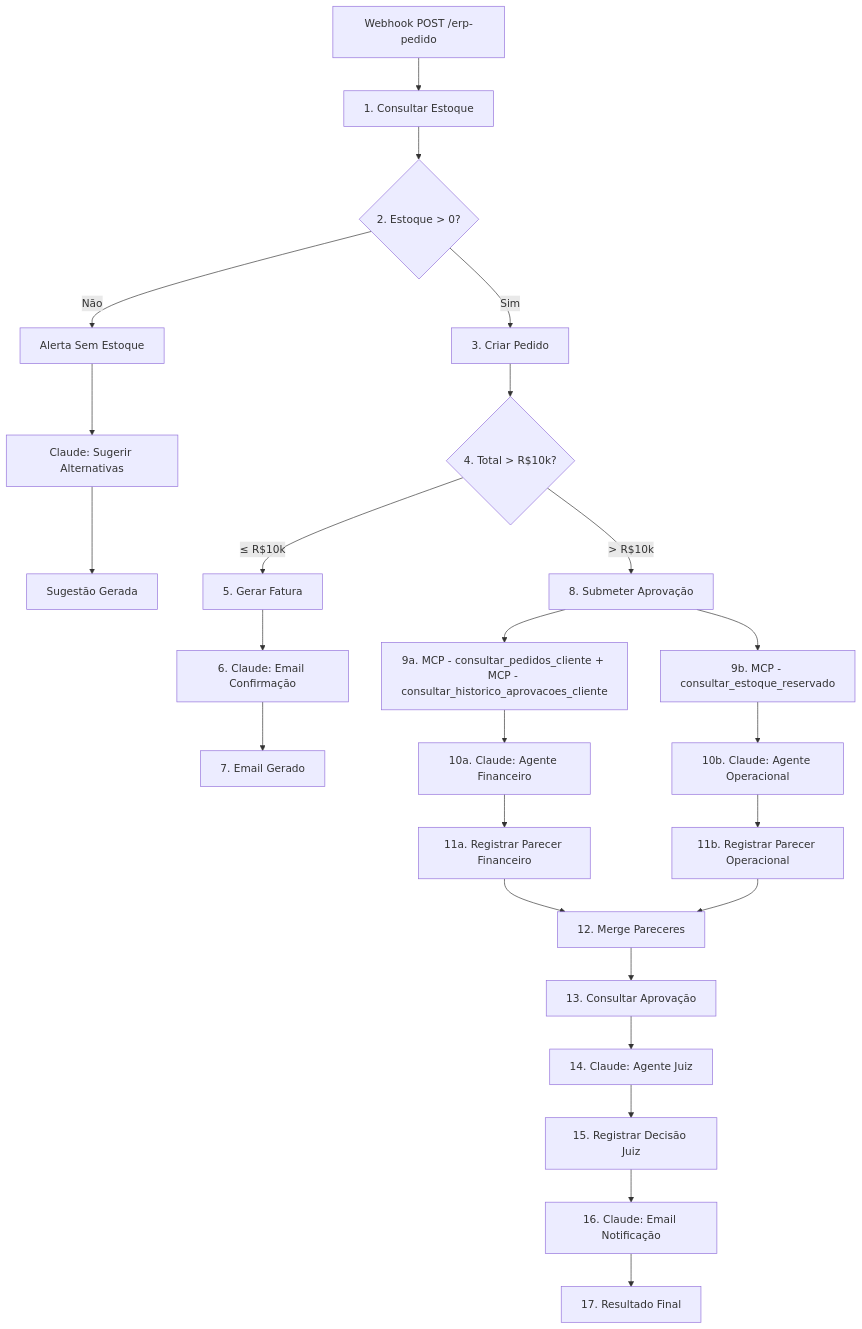
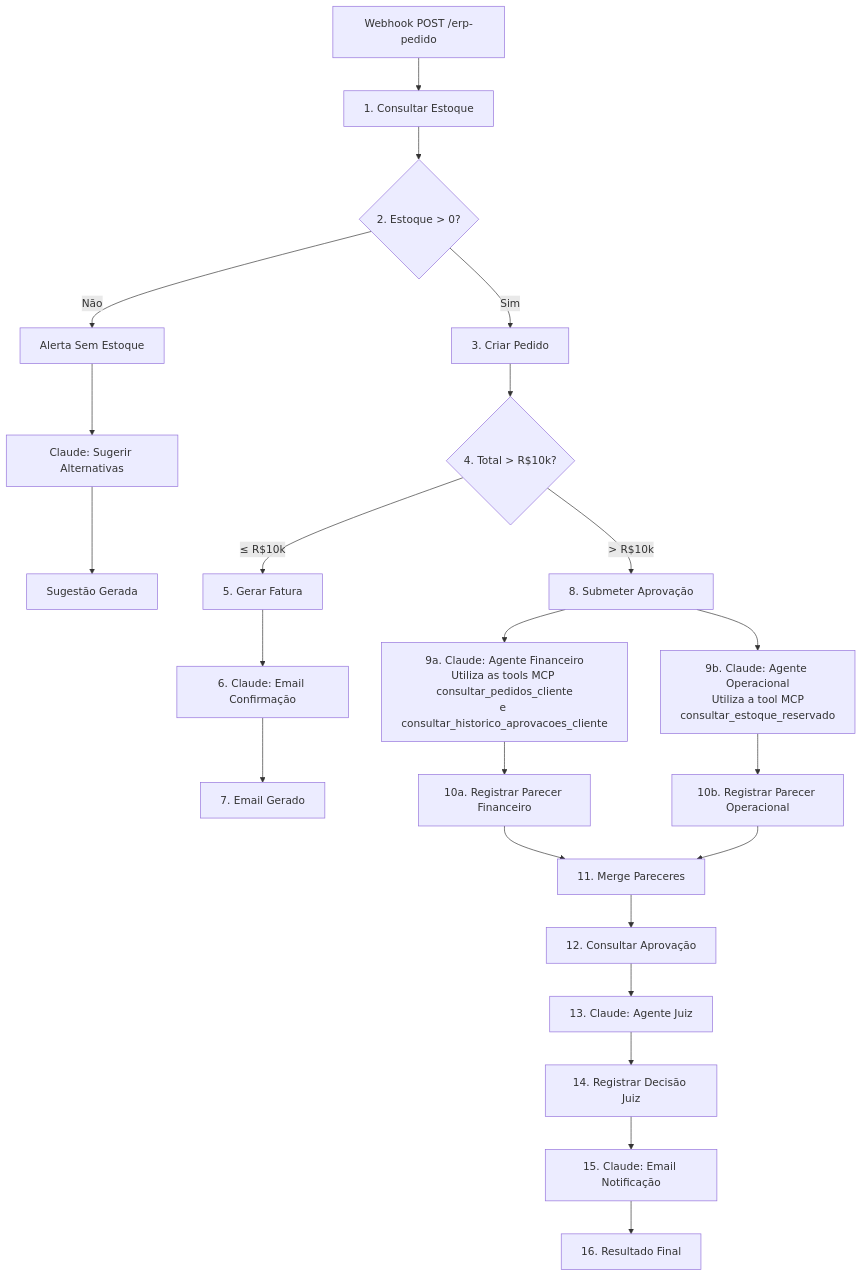
One commit to pcr0/FIAP-MBA-Generative-IA-lab-aula03 changed the first of 3 diagrams in docs/arq/design.md. Above: the diagram before and after it, drawn with Mermaid. The commit also changed other lines of this file and 2 other files, not shown here.

Commit message:
Editando documentos e submetendo primeira versão do trade-offs

````diff
--- a/docs/arq/design.md
+++ b/docs/arq/design.md
@@ -11,34 +11,24 @@
 ```mermaid
-graph TD
+flowchart TB
     START["Webhook POST /erp-pedido"] --> ESTOQUE["1. Consultar Estoque"]
     ESTOQUE --> IF_EST{"2. Estoque > 0?"}
-    IF_EST -->|Não| ALERTA["Alerta Sem Estoque"]
+    IF_EST -- Não --> ALERTA["Alerta Sem Estoque"]
     ALERTA --> CLAUDE_ALT["Claude: Sugerir Alternativas"]
     CLAUDE_ALT --> SUG["Sugestão Gerada"]
-
-    IF_EST -->|Sim| PEDIDO["3. Criar Pedido"]
+    IF_EST -- Sim --> PEDIDO["3. Criar Pedido"]
     PEDIDO --> IF_APROV{"4. Total > R$10k?"}
-
-    IF_APROV -->|"≤ R$10k"| FATURA["5. Gerar Fatura"]
+    IF_APROV -- ≤ R$10k --> FATURA["5. Gerar Fatura"]
     FATURA --> CLAUDE_EMAIL["6. Claude: Email Confirmação"]
     CLAUDE_EMAIL --> SET_EMAIL["7. Email Gerado"]
-
-    IF_APROV -->|"> R$10k"| SUBMETER["8. Submeter Aprovação"]
-    SUBMETER --> FETCH_FIN["9a. MCP - consultar_pedidos_cliente + MCP - consultar_historico_aprovacoes_cliente"]
-    SUBMETER --> FETCH_OPS["9b. MCP - consultar_estoque_reservado"]
-
-    FETCH_FIN --> AG_FIN["10a. Claude: Agente Financeiro"]
-    FETCH_OPS --> AG_OPS["10b. Claude: Agente Operacional"]
-
-    AG_FIN --> REG_FIN["11a. Registrar Parecer Financeiro"]
-    AG_OPS --> REG_OPS["11b. Registrar Parecer Operacional"]
-
-    REG_FIN --> MERGE["12. Merge Pareceres"]
+    IF_APROV -- > R$10k --> SUBMETER["8. Submeter Aprovação"]
+    AG_FIN["9a. Claude: Agente Financeiro<br>Utiliza as tools MCP consultar_pedidos_cliente<br>e consultar_historico_aprovacoes_cliente"] --> REG_FIN["10a. Registrar Parecer Financeiro"]
+    AG_OPS["9b. Claude: Agente Operacional<br>Utiliza a tool MCP<br>consultar_estoque_reservado"] --> REG_OPS["10b. Registrar Parecer Operacional"]
+    REG_FIN --> MERGE["11. Merge Pareceres"]
     REG_OPS --> MERGE
-
-    MERGE --> CONSULTAR["13. Consultar Aprovação"]
-    CONSULTAR --> AG_JUIZ["14. Claude: Agente Juiz"]
-    AG_JUIZ --> REG_JUIZ["15. Registrar Decisão Juiz"]
-    REG_JUIZ --> CLAUDE_NOTIF["16. Claude: Email Notificação"]
-    CLAUDE_NOTIF --> SET_RESULT["17. Resultado Final"]
+    MERGE --> CONSULTAR["12. Consultar Aprovação"]
+    CONSULTAR --> AG_JUIZ["13. Claude: Agente Juiz"]
+    AG_JUIZ --> REG_JUIZ["14. Registrar Decisão Juiz"]
+    REG_JUIZ --> CLAUDE_NOTIF["15. Claude: Email Notificação"]
+    CLAUDE_NOTIF --> SET_RESULT["16. Resultado Final"]
+    SUBMETER --> AG_FIN & AG_OPS
 ```
````
